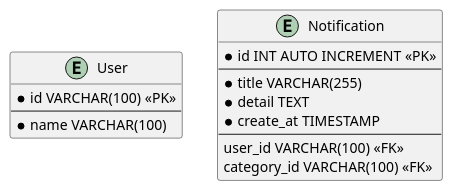
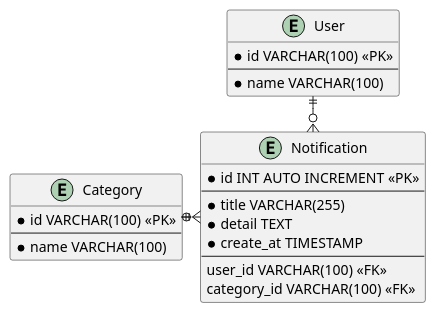
Before and after one commit to fkresna23/database-design-notification: the diagram in notification.puml, drawn with PlantUML. The commit also changed 1 other file, not shown here.

Commit message:
Design Database Category

```diff
--- a/notification.puml
+++ b/notification.puml
@@ -1,20 +1,30 @@
 @startuml
-
+!pragma layout smetana
 entity User {
     * id VARCHAR(100) <<PK>>
     --
     * name VARCHAR(100)
 }
 
 entity Notification {
     * id INT AUTO INCREMENT <<PK>>
     --
     * title VARCHAR(255)
     * detail TEXT
     * create_at TIMESTAMP
     --
     user_id VARCHAR(100) <<FK>>
     category_id VARCHAR(100) <<FK>>
 }
 
+User ||--o{ Notification
+
+entity Category {
+    * id VARCHAR(100) <<PK>>
+    --
+    * name VARCHAR(100)
+}
+
+Category ||-o{ Notification
+
 @enduml
```
